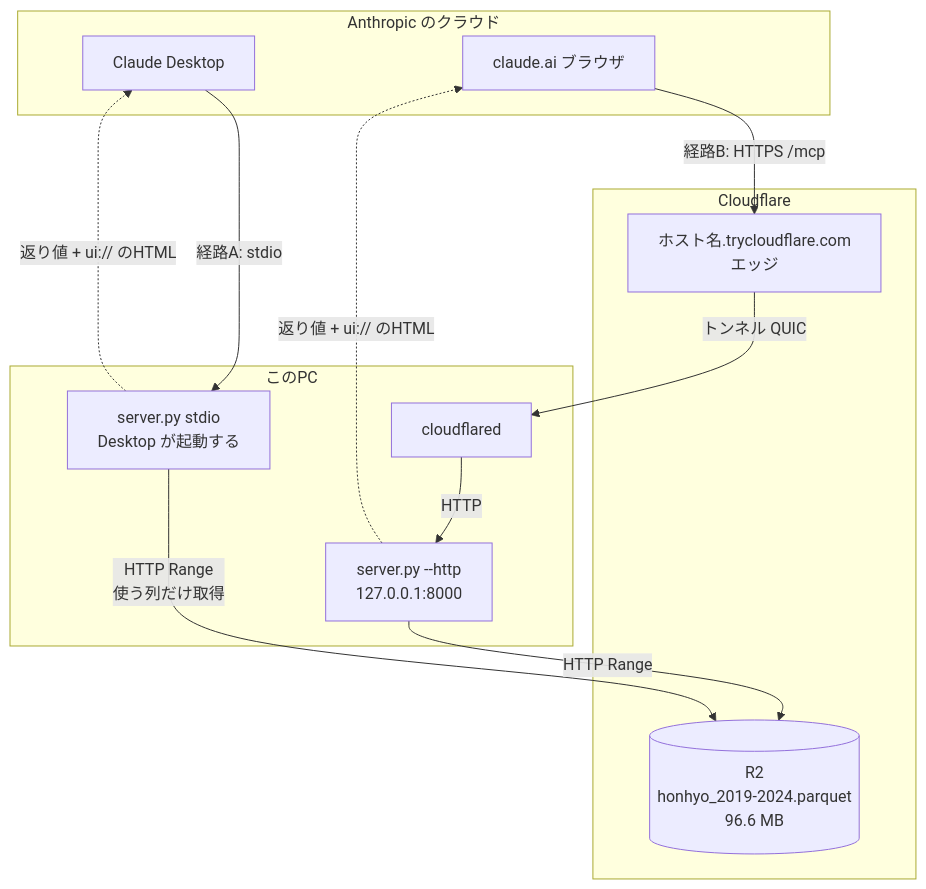
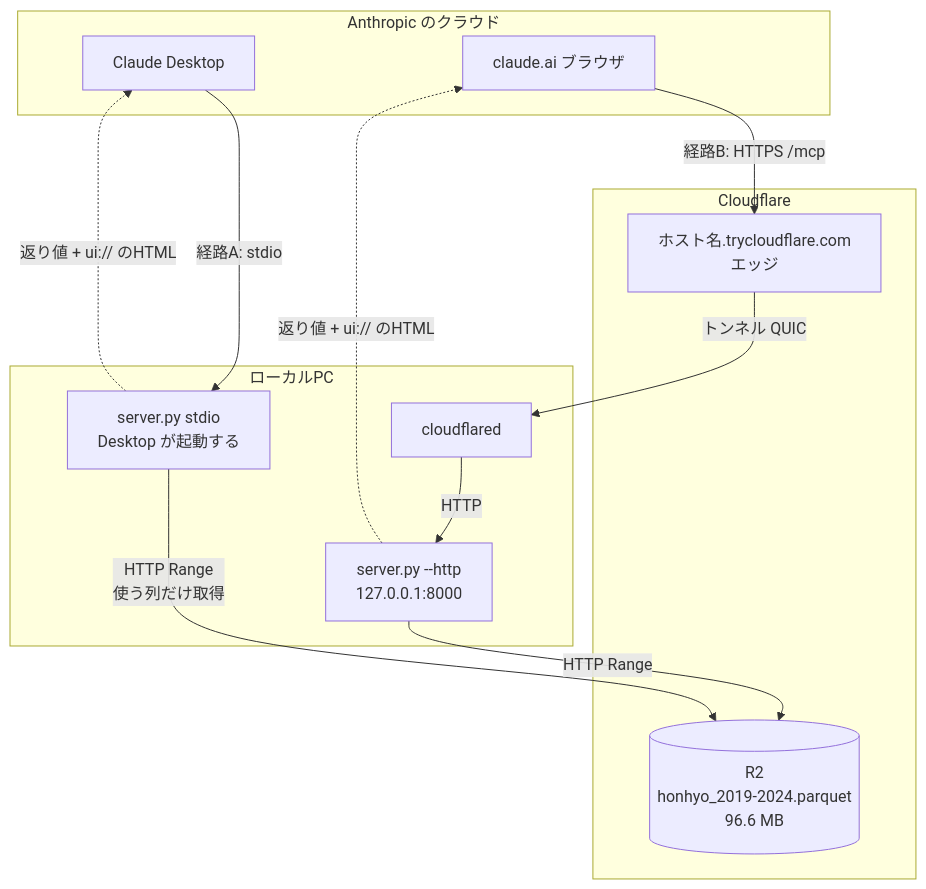
The diagram in docs/REMOTE_CONNECTOR.md (shiwaku/npa-traffic-accident-analytics), drawn with Mermaid before and after one commit. The commit also changed other lines of this file, not shown here.

First line of the commit message:
構成図の用語に説明を足し、枠を「ローカルPC」に変えた (#9)

````diff
--- a/docs/REMOTE_CONNECTOR.md
+++ b/docs/REMOTE_CONNECTOR.md
@@ -16,29 +16,29 @@
 ```mermaid
 flowchart TB
     subgraph anthropic["Anthropic のクラウド"]
         desktop["Claude Desktop"]
         web["claude.ai ブラウザ"]
     end
 
-    subgraph pc["このPC"]
+    subgraph pc["ローカルPC"]
         tunnel["cloudflared"]
         stdio["server.py stdio<br/>Desktop が起動する"]
         http["server.py --http<br/>127.0.0.1:8000"]
     end
 
     subgraph cf["Cloudflare"]
         edge["ホスト名.trycloudflare.com<br/>エッジ"]
         r2[("R2<br/>honhyo_2019-2024.parquet<br/>96.6 MB")]
     end
 
     desktop -->|"経路A: stdio"| stdio
     web -->|"経路B: HTTPS /mcp"| edge
     edge -->|"トンネル QUIC"| tunnel
     tunnel -->|"HTTP"| http
 
     stdio -->|"HTTP Range<br/>使う列だけ取得"| r2
     http -->|"HTTP Range"| r2
 
     stdio -.->|"返り値 + ui:// のHTML"| desktop
     http -.->|"返り値 + ui:// のHTML"| web
 ```
````
